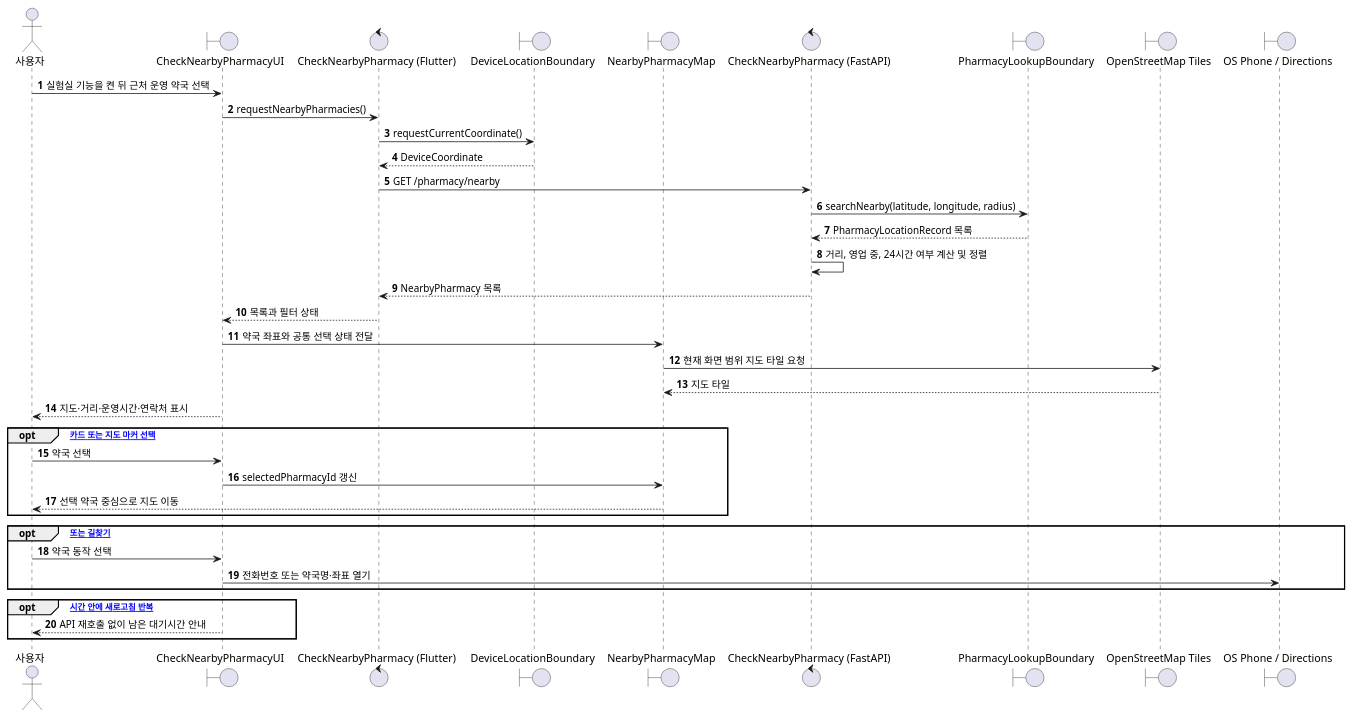
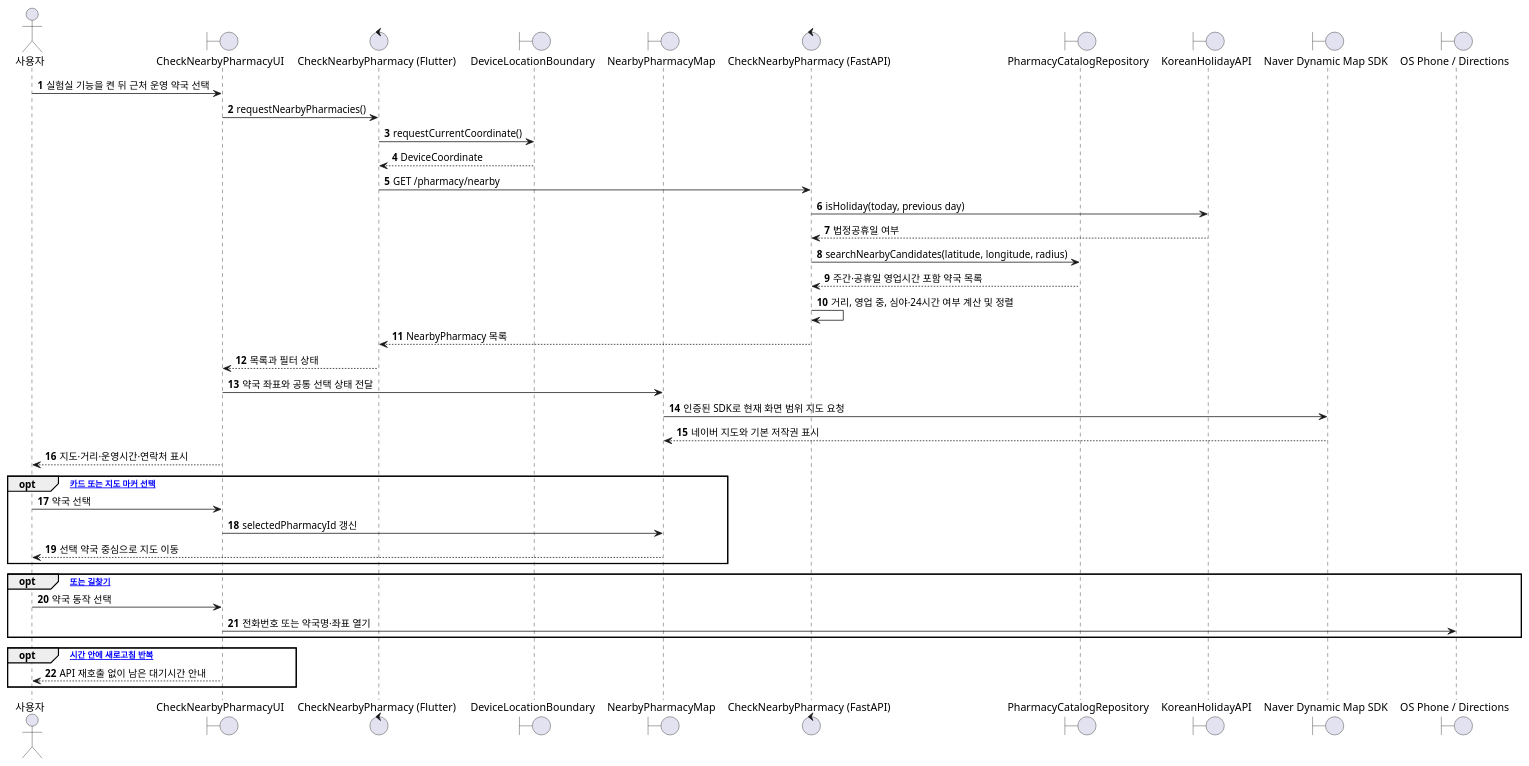
One commit to 1window2/MedBuddy changed the ninth of 10 diagrams in docs/MedBuddy - Sequence Diagrams.md. Above: the diagram before and after it, drawn with PlantUML. The commit also changed 38 other files, not shown here.

Commit message:
feat: add reliable nationwide pharmacy map data

````diff
--- a/docs/MedBuddy - Sequence Diagrams.md
+++ b/docs/MedBuddy - Sequence Diagrams.md
@@ -1092,41 +1092,44 @@
 ```plantuml
 @startuml SD09_Nearby_Pharmacy
 autonumber
 actor "사용자" as User
 boundary "CheckNearbyPharmacyUI" as UI
 control "CheckNearbyPharmacy (Flutter)" as FE
 boundary "DeviceLocationBoundary" as Location
 boundary "NearbyPharmacyMap" as Map
 control "CheckNearbyPharmacy (FastAPI)" as BE
-boundary "PharmacyLookupBoundary" as PublicAPI
-boundary "OpenStreetMap Tiles" as OSM
+boundary "PharmacyCatalogRepository" as Catalog
+boundary "KoreanHolidayAPI" as HolidayAPI
+boundary "Naver Dynamic Map SDK" as NaverMap
 boundary "OS Phone / Directions" as ExternalApp
 
 User -> UI : 실험실 기능을 켠 뒤 근처 운영 약국 선택
 UI -> FE : requestNearbyPharmacies()
 FE -> Location : requestCurrentCoordinate()
 Location --> FE : DeviceCoordinate
 FE -> BE : GET /pharmacy/nearby
-BE -> PublicAPI : searchNearby(latitude, longitude, radius)
-PublicAPI --> BE : PharmacyLocationRecord 목록
-BE -> BE : 거리, 영업 중, 24시간 여부 계산 및 정렬
+BE -> HolidayAPI : isHoliday(today, previous day)
+HolidayAPI --> BE : 법정공휴일 여부
+BE -> Catalog : searchNearbyCandidates(latitude, longitude, radius)
+Catalog --> BE : 주간·공휴일 영업시간 포함 약국 목록
+BE -> BE : 거리, 영업 중, 심야·24시간 여부 계산 및 정렬
 BE --> FE : NearbyPharmacy 목록
 FE --> UI : 목록과 필터 상태
 UI -> Map : 약국 좌표와 공통 선택 상태 전달
-Map -> OSM : 현재 화면 범위 지도 타일 요청
-OSM --> Map : 지도 타일
+Map -> NaverMap : 인증된 SDK로 현재 화면 범위 지도 요청
+NaverMap --> Map : 네이버 지도와 기본 저작권 표시
 UI --> User : 지도·거리·운영시간·연락처 표시
 opt [약국 카드 또는 지도 마커 선택]
   User -> UI : 약국 선택
   UI -> Map : selectedPharmacyId 갱신
   Map --> User : 선택 약국 중심으로 지도 이동
 end
 opt [전화 또는 길찾기]
   User -> UI : 약국 동작 선택
   UI -> ExternalApp : 전화번호 또는 약국명·좌표 열기
 end
 opt [짧은 시간 안에 새로고침 반복]
   UI --> User : API 재호출 없이 남은 대기시간 안내
 end
 @enduml
 ```
````
